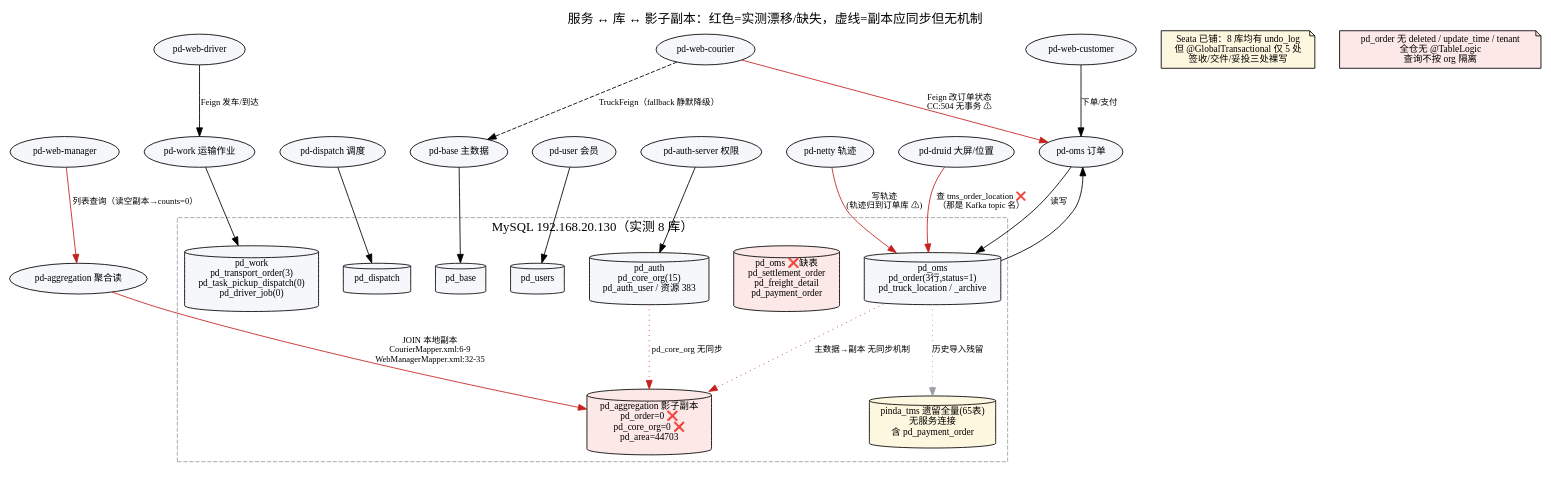
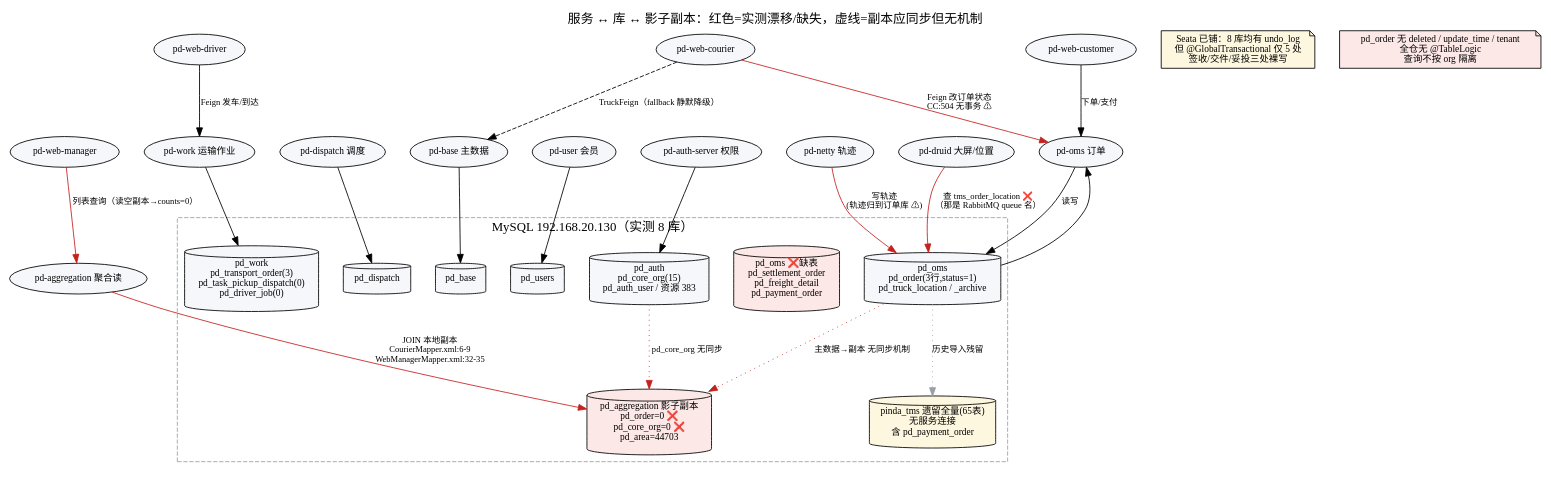
Before and after one commit to itxinfei/pinda-tms: the diagram in docs/architecture/data-ownership.dot, drawn with Graphviz. The commit also changed 955 other files, not shown here.

```diff
--- a/docs/architecture/data-ownership.dot
+++ b/docs/architecture/data-ownership.dot
@@ -1,50 +1,50 @@
 // 数据归属与服务边界 current-state（证据：Nacos datasource 实测 + information_schema 实测 + mapper/Feign 代码）
 digraph data_ownership {
   rankdir=TB; nodesep=0.4; ranksep=0.8;
   graph [fontname="Microsoft YaHei", fontsize=15, labelloc=t,
          label="服务 ↔ 库 ↔ 影子副本：红色=实测漂移/缺失，虚线=副本应同步但无机制"];
   node [fontname="Microsoft YaHei", fontsize=11, style="rounded,filled", fillcolor="#f5f7fa"];
   edge [fontname="Microsoft YaHei", fontsize=10];
 
   // 服务
   oms [label="pd-oms 订单"]; work [label="pd-work 运输作业"]; disp [label="pd-dispatch 调度"];
   base [label="pd-base 主数据"]; user [label="pd-user 会员"]; auth [label="pd-auth-server 权限"];
   agg [label="pd-aggregation 聚合读"]; netty [label="pd-netty 轨迹"]; druid [label="pd-druid 大屏/位置"];
   webm [label="pd-web-manager"]; webc [label="pd-web-courier"]; webd [label="pd-web-driver"]; webu [label="pd-web-customer"];
 
   // 库（红色对象为实测问题）
   subgraph cluster_dbs { label="MySQL 192.168.20.130（实测 8 库）"; style=dashed; color="#9aa0a6";
     dpdoms [label="pd_oms\npd_order(3行,status=1)\npd_truck_location / _archive", shape=cylinder];
     dpmom [label="pd_oms ❌缺表\npd_settlement_order\npd_freight_detail\npd_payment_order", shape=cylinder, fillcolor="#fce8e6"];
     dpwork [label="pd_work\npd_transport_order(3)\npd_task_pickup_dispatch(0)\npd_driver_job(0)", shape=cylinder];
     dpdisp [label="pd_dispatch", shape=cylinder];
     dpbase [label="pd_base", shape=cylinder];
     dpuser [label="pd_users", shape=cylinder];
     dpauth [label="pd_auth\npd_core_org(15)\npd_auth_user / 资源 383", shape=cylinder];
     dpagg [label="pd_aggregation 影子副本\npd_order=0 ❌\npd_core_org=0 ❌\npd_area=44703", shape=cylinder, fillcolor="#fce8e6"];
     dpleg [label="pinda_tms 遗留全量(65表)\n无服务连接\n含 pd_payment_order", shape=cylinder, fillcolor="#fef7e0"];
   }
 
   oms -> dpdoms [label="读写"];
   work -> dpwork; disp -> dpdisp; base -> dpbase; user -> dpuser; auth -> dpauth;
   netty -> dpdoms [label="写轨迹\n(轨迹归到订单库 ⚠)", color="#c5221f"];
-  druid -> dpdoms [label="查 tms_order_location ❌\n（那是 Kafka topic 名）", color="#c5221f"];
+  druid -> dpdoms [label="查 tms_order_location ❌\n（那是 RabbitMQ queue 名）", color="#c5221f"];
   agg -> dpagg [label="JOIN 本地副本\nCourierMapper.xml:6-9\nWebManagerMapper.xml:32-35", color="#c5221f"];
   oms -> dpdoms [dir=back, label=""];
 
   // 副本应有的同步（无实现）
   dpdoms -> dpagg [style=dotted, label="主数据→副本 无同步机制", color="#c5221f"];
   dpauth -> dpagg [style=dotted, label="pd_core_org 无同步", color="#c5221f"];
   dpdoms -> dpleg [style=dotted, label="历史导入残留", color="#9aa0a6"];
 
   // Feign 写路径
   webc -> oms [label="Feign 改订单状态\nCC:504 无事务 ⚠", color="#c5221f"];
   webd -> work [label="Feign 发车/到达"];
   webm -> agg [label="列表查询（读空副本→counts=0）", color="#c5221f"];
   webu -> oms [label="下单/支付"];
   webc -> base [label="TruckFeign（fallback 静默降级）", style=dashed];
 
   // 事务边界
   note1 [label="Seata 已铺：8 库均有 undo_log\n但 @GlobalTransactional 仅 5 处\n签收/交件/妥投三处裸写", shape=note, fillcolor="#fef7e0"];
   note2 [label="pd_order 无 deleted / update_time / tenant\n全仓无 @TableLogic\n查询不按 org 隔离", shape=note, fillcolor="#fde8e8"];
 }
```
